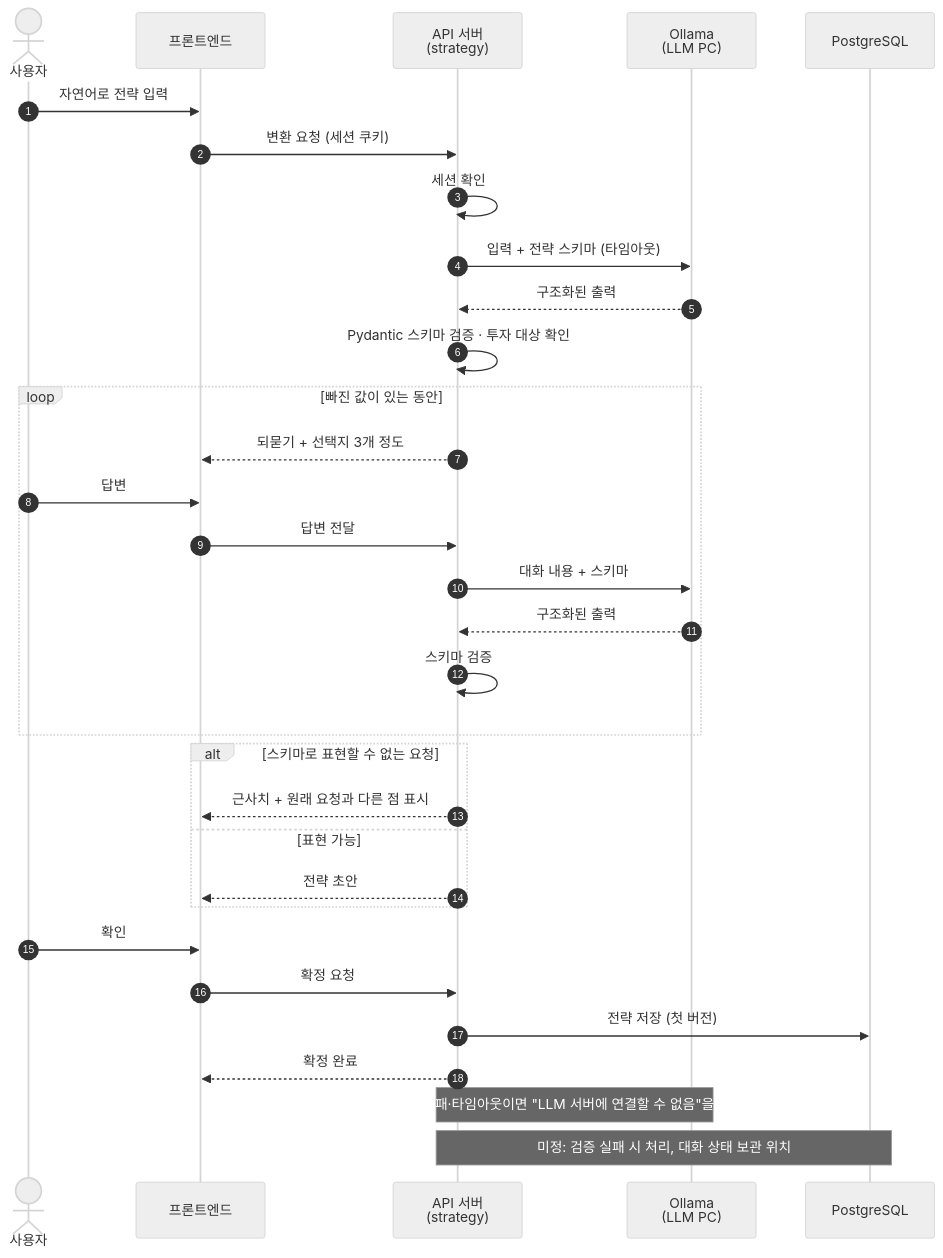
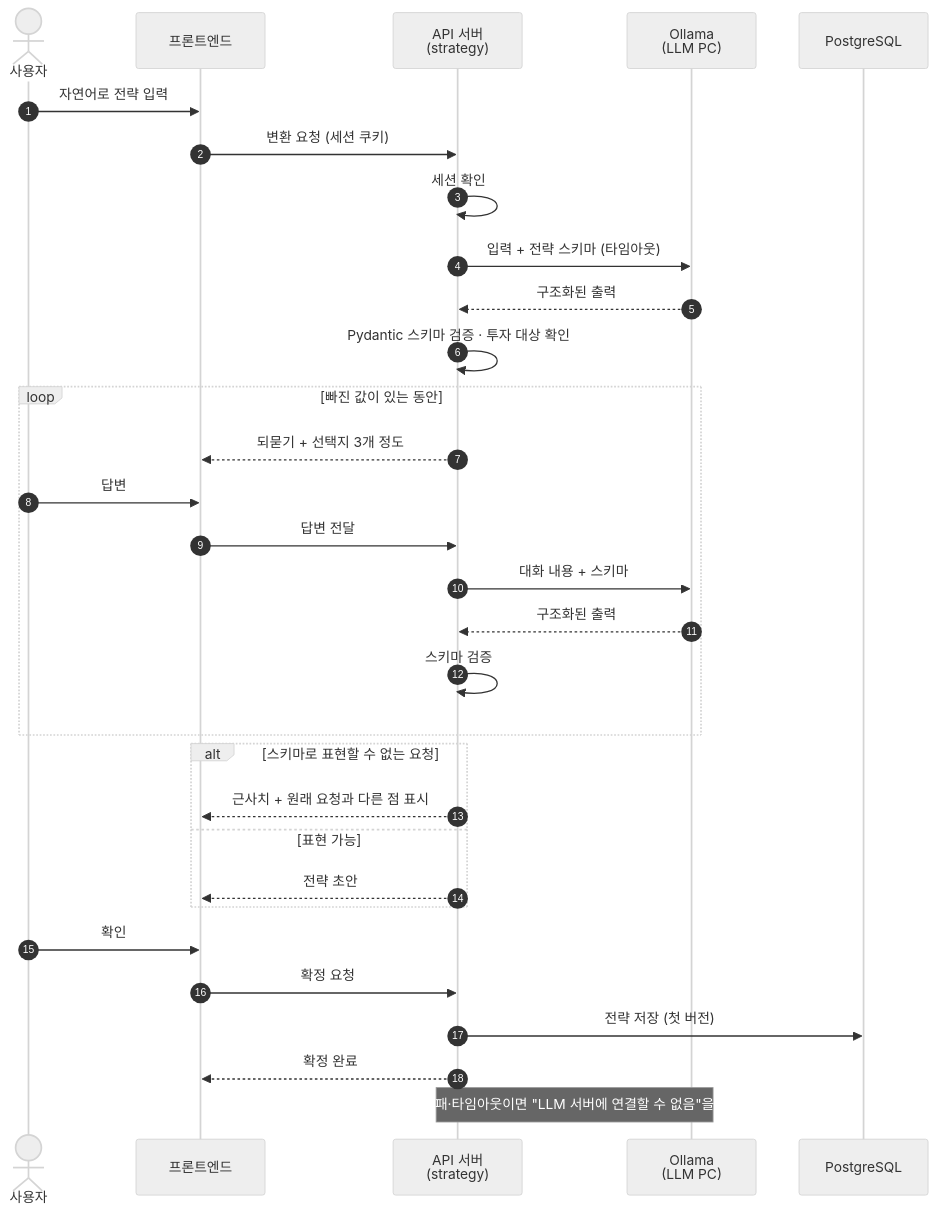
One commit to tukorea-capston-project/etf-rebalancing changed the second of 3 diagrams in docs/architecture.md. Above: the diagram before and after it, drawn with Mermaid (neutral theme). The commit also changed other lines of this file and 22 other files, not shown here.

````diff
--- a/docs/architecture.md
+++ b/docs/architecture.md
@@ -145,39 +145,38 @@
 ```mermaid
 sequenceDiagram
     autonumber
     actor U as 사용자
     participant FE as 프론트엔드
     participant API as API 서버<br/>(strategy)
     participant LLM as Ollama<br/>(LLM PC)
     participant DB as PostgreSQL
 
     U->>FE: 자연어로 전략 입력
     FE->>API: 변환 요청 (세션 쿠키)
     API->>API: 세션 확인
     API->>LLM: 입력 + 전략 스키마 (타임아웃)
     LLM-->>API: 구조화된 출력
     API->>API: Pydantic 스키마 검증 · 투자 대상 확인
 
     loop 빠진 값이 있는 동안
         API-->>FE: 되묻기 + 선택지 3개 정도
         U->>FE: 답변
         FE->>API: 답변 전달
         API->>LLM: 대화 내용 + 스키마
         LLM-->>API: 구조화된 출력
         API->>API: 스키마 검증
     end
 
     alt 스키마로 표현할 수 없는 요청
         API-->>FE: 근사치 + 원래 요청과 다른 점 표시
     else 표현 가능
         API-->>FE: 전략 초안
     end
 
     U->>FE: 확인
     FE->>API: 확정 요청
     API->>DB: 전략 저장 (첫 버전)
     API-->>FE: 확정 완료
 
     Note over API,LLM: 연결 실패·타임아웃이면 "LLM 서버에 연결할 수 없음"을 돌려줌
-    Note over API,DB: 미정: 검증 실패 시 처리, 대화 상태 보관 위치
 ```
````
